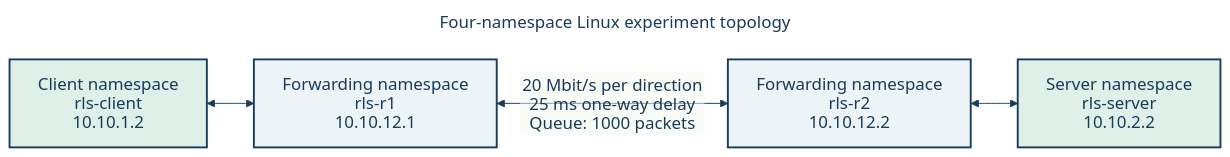
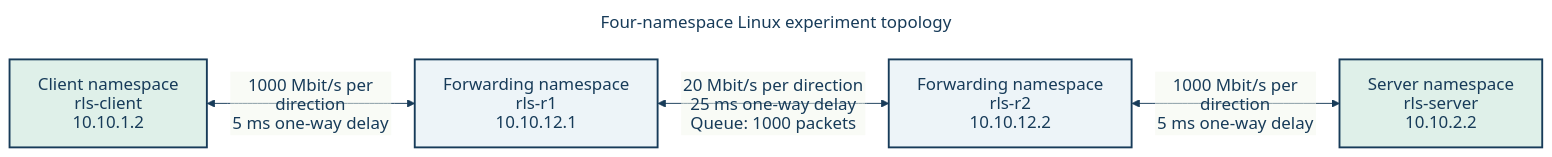
The diagram in results/report-source/diagrams/topology.mmd (yoman12357/OSNT_Project), drawn with Mermaid before and after one commit. The commit also changed 148 other files, not shown here.

```diff
--- a/results/report-source/diagrams/topology.mmd
+++ b/results/report-source/diagrams/topology.mmd
@@ -1,25 +1,25 @@
 ---
 title: Four-namespace Linux experiment topology
 config:
   htmlLabels: false
   theme: base
   themeVariables:
     fontFamily: Arial
     fontSize: 18px
     primaryColor: '#edf4f8'
     primaryTextColor: '#173b59'
     primaryBorderColor: '#173b59'
     lineColor: '#173b59'
 ---
 flowchart LR
   C["Client namespace<br/>rls-client<br/>10.10.1.2"]
   R1["Forwarding namespace<br/>rls-r1<br/>10.10.12.1"]
   R2["Forwarding namespace<br/>rls-r2<br/>10.10.12.2"]
   S["Server namespace<br/>rls-server<br/>10.10.2.2"]
-  C <--> R1
+  C <-->|"1000 Mbit/s per direction<br/>5 ms one-way delay"| R1
   R1 <-->|"20 Mbit/s per direction<br/>25 ms one-way delay<br/>Queue: 1000 packets"| R2
-  R2 <--> S
+  R2 <-->|"1000 Mbit/s per direction<br/>5 ms one-way delay"| S
   classDef endpoint fill:#dff0e9,stroke:#173b59,color:#173b59,stroke-width:2px
   classDef router fill:#edf4f8,stroke:#173b59,color:#173b59,stroke-width:2px
   class C,S endpoint
   class R1,R2 router
```
